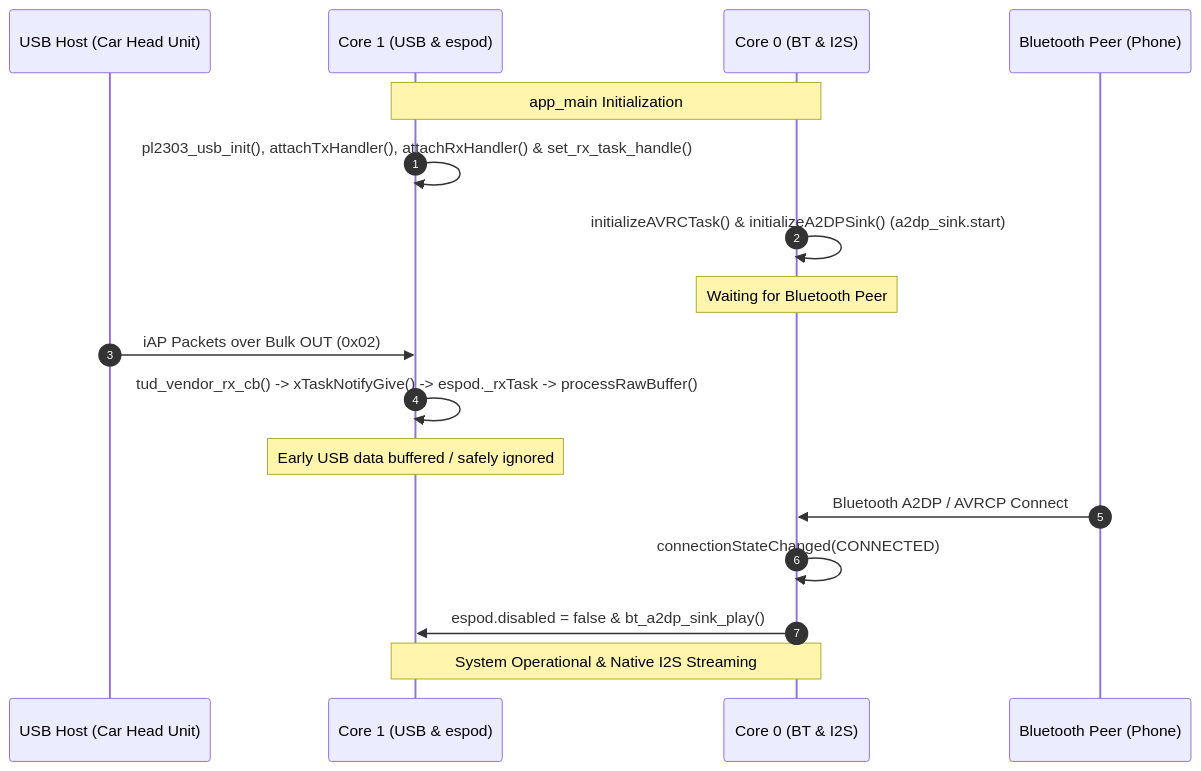
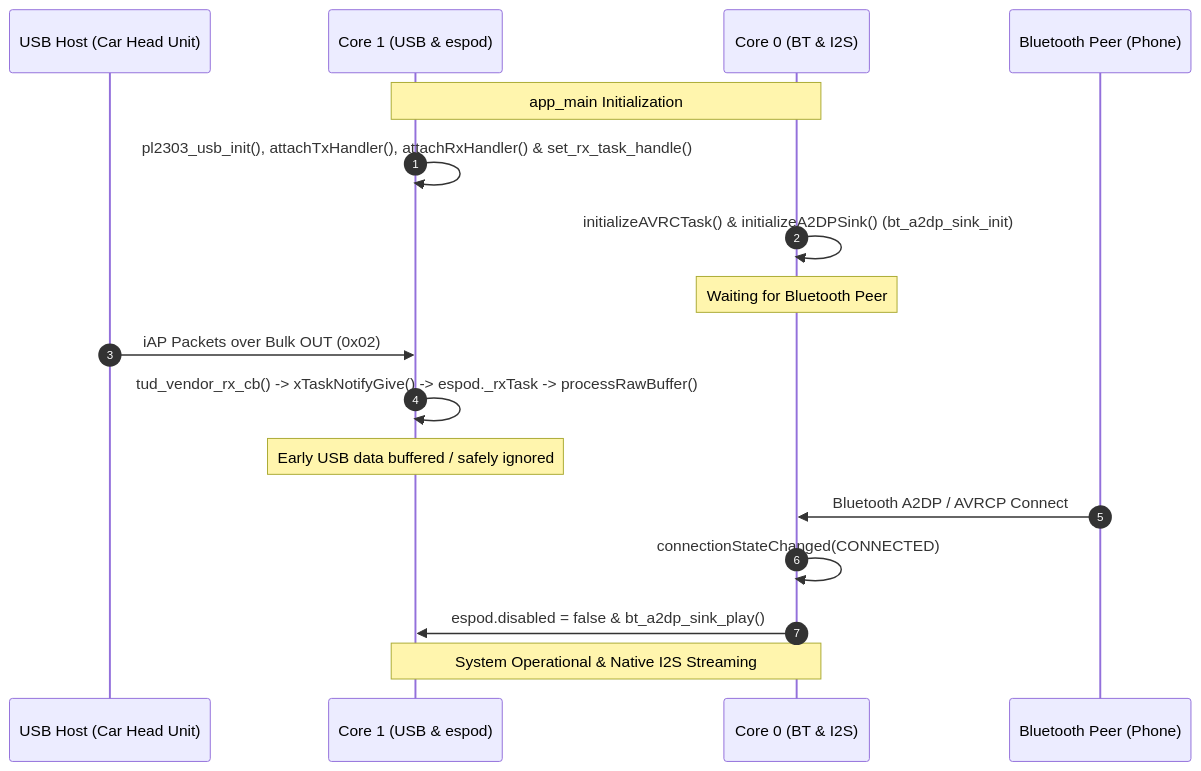
The first of 4 diagrams in TOO.md (martinroger/superPod), drawn with Mermaid before and after one commit. The commit also changed other lines of this file and 4 other files, not shown here.

Commit message:
docs: align TOO and requirements with AudioTools architecture and remove duplicate root docs

````diff
--- a/TOO.md
+++ b/TOO.md
@@ -27,22 +27,22 @@
 ```mermaid
 sequenceDiagram
     autonumber
     participant USBHost as USB Host (Car Head Unit)
     participant Core1 as Core 1 (USB & espod)
     participant Core0 as Core 0 (BT & I2S)
     participant BTPeer as Bluetooth Peer (Phone)
 
     Note over Core1,Core0: app_main Initialization
     Core1->>Core1: pl2303_usb_init(), attachTxHandler(), attachRxHandler() & set_rx_task_handle()
-    Core0->>Core0: initializeAVRCTask() & initializeA2DPSink() (a2dp_sink.start)
+    Core0->>Core0: initializeAVRCTask() & initializeA2DPSink() (bt_a2dp_sink_init)
     Note over Core0: Waiting for Bluetooth Peer
 
     USBHost->>Core1: iAP Packets over Bulk OUT (0x02)
     Core1->>Core1: tud_vendor_rx_cb() -> xTaskNotifyGive() -> espod._rxTask -> processRawBuffer()
     Note over Core1: Early USB data buffered / safely ignored
 
     BTPeer->>Core0: Bluetooth A2DP / AVRCP Connect
     Core0->>Core0: connectionStateChanged(CONNECTED)
     Core0->>Core1: espod.disabled = false & bt_a2dp_sink_play()
     Note over Core1,Core0: System Operational & Native I2S Streaming
 ```
````
